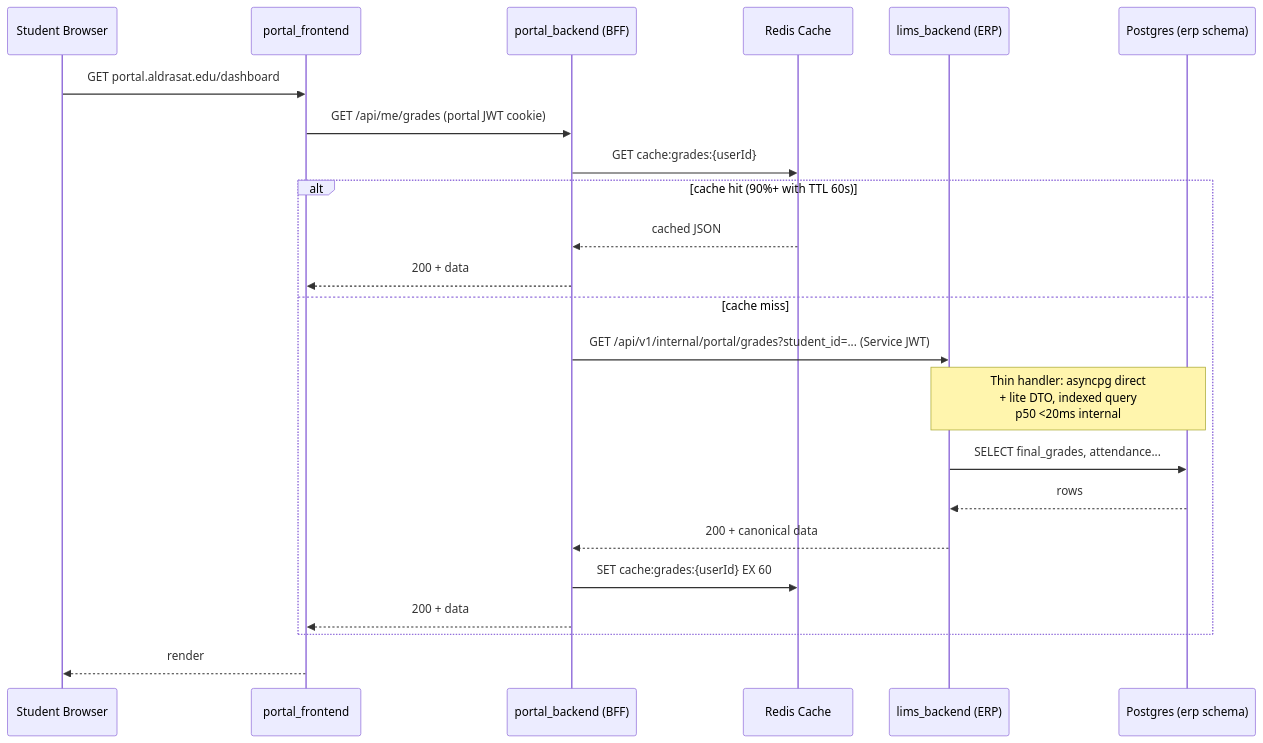
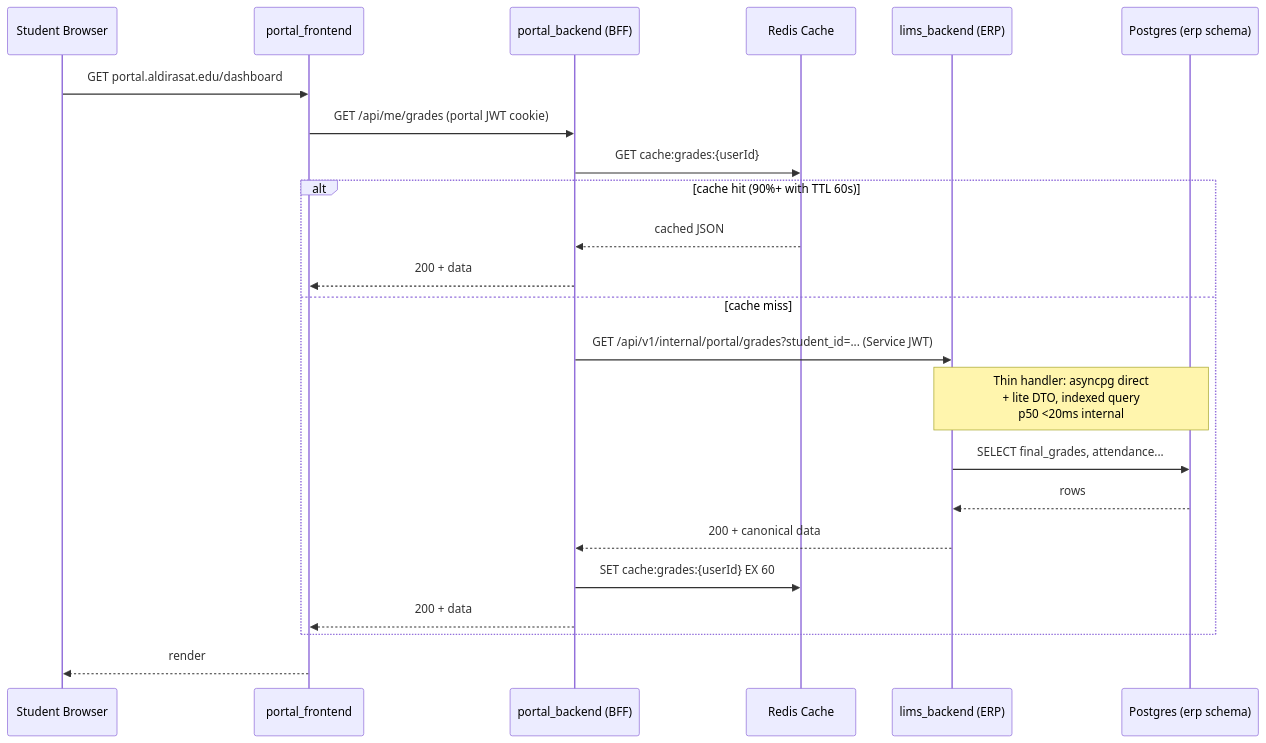
The third of 8 diagrams in docs/architecture/portal-architecture.md (Mahbob25/ILMS-IERP), drawn with Mermaid before and after one commit. The commit also changed other lines of this file and 29 other files, not shown here.

First line of the commit message:
fix: correct "aldrasat" typo to "aldirasat" everywhere

````diff
--- a/docs/architecture/portal-architecture.md
+++ b/docs/architecture/portal-architecture.md
@@ -202,26 +202,26 @@
 ```mermaid
 sequenceDiagram
     participant S as Student Browser
     participant PF as portal_frontend
     participant PB as portal_backend (BFF)
     participant R as Redis Cache
     participant EB as lims_backend (ERP)
     participant DB as Postgres (erp schema)
 
-    S->>PF: GET portal.aldrasat.edu/dashboard
+    S->>PF: GET portal.aldirasat.edu/dashboard
     PF->>PB: GET /api/me/grades (portal JWT cookie)
     PB->>R: GET cache:grades:{userId}
     alt cache hit (90%+ with TTL 60s)
         R-->>PB: cached JSON
         PB-->>PF: 200 + data
     else cache miss
         PB->>EB: GET /api/v1/internal/portal/grades?student_id=... (Service JWT)
         Note over EB,DB: Thin handler: asyncpg direct<br/>+ lite DTO, indexed query<br/>p50 <20ms internal
         EB->>DB: SELECT final_grades, attendance...
         DB-->>EB: rows
         EB-->>PB: 200 + canonical data
         PB->>R: SET cache:grades:{userId} EX 60
         PB-->>PF: 200 + data
     end
     PF-->>S: render
 ```
````
